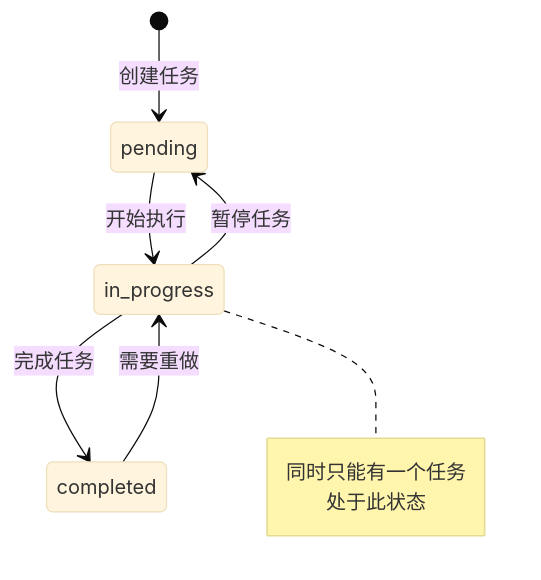
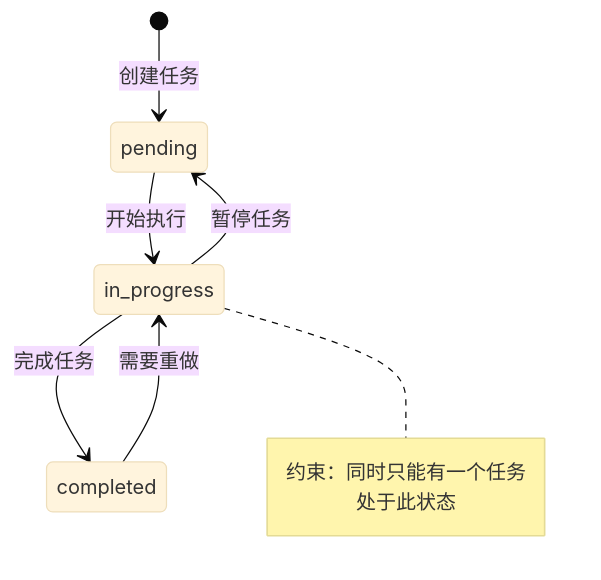
One commit to friendlyhank/copilot changed the third of 9 diagrams in docs/source-analysis/03-todo.md. Above: the diagram before and after it, drawn with Mermaid (base theme). The commit also changed other lines of this file and 4 other files, not shown here.

````diff
--- a/docs/source-analysis/03-todo.md
+++ b/docs/source-analysis/03-todo.md
@@ -309,15 +106,15 @@
 ```mermaid
 stateDiagram-v2
     [*] --> pending: 创建任务
     
     pending --> in_progress: 开始执行
     in_progress --> completed: 完成任务
     
     completed --> in_progress: 需要重做
     in_progress --> pending: 暂停任务
     
     note right of in_progress
-        同时只能有一个任务
+        约束：同时只能有一个任务
         处于此状态
     end note
 ```
````
